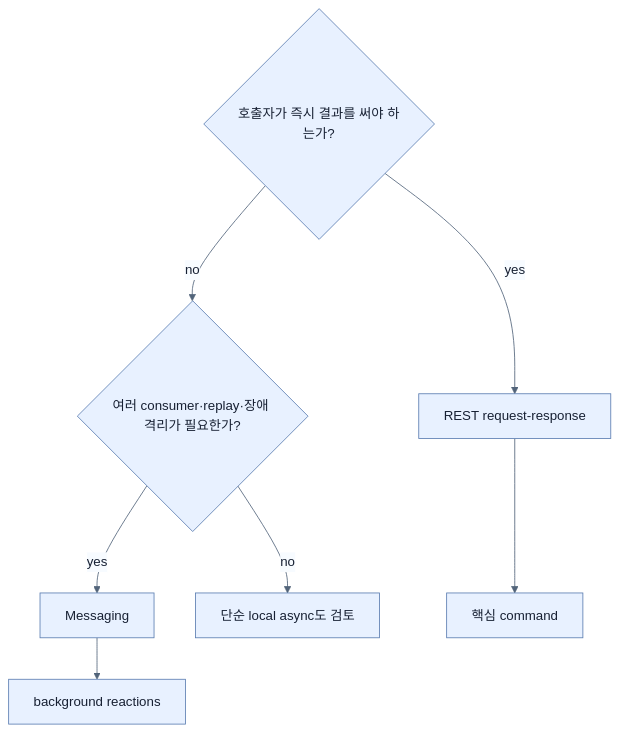
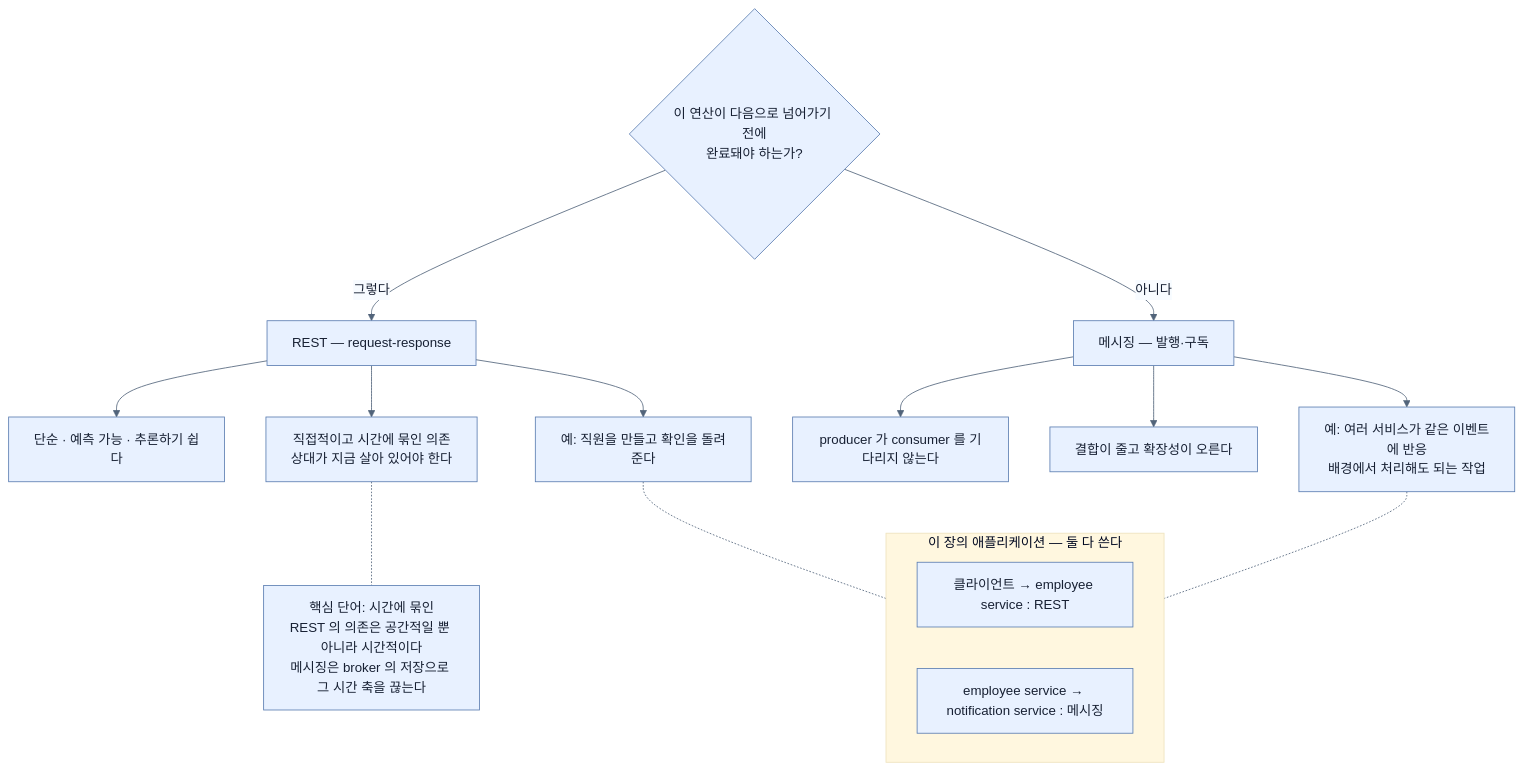
The diagram in spring-boot-4-pdf-notes/part-4-scaling-an-application-with-spring-boot/chapter-12-messaging-and-asynchronous-communication-in-spring-boot-4/06-choosing-between-rest-and-messaging.md (sing-u8/Learning_Spring_Boot_4), drawn with Mermaid before and after one commit. The commit also changed other lines of this file and 253 other files, not shown here.

````diff
--- a/spring-boot-4-pdf-notes/part-4-scaling-an-application-with-spring-boot/chapter-12-messaging-and-asynchronous-communication-in-spring-boot-4/06-choosing-between-rest-and-messaging.md
+++ b/spring-boot-4-pdf-notes/part-4-scaling-an-application-with-spring-boot/chapter-12-messaging-and-asynchronous-communication-in-spring-boot-4/06-choosing-between-rest-and-messaging.md
@@ -34,11 +89,27 @@
 ```mermaid
 %%{init: {'theme': 'base', 'themeVariables': {'background': '#ffffff', 'primaryColor': '#e8f1ff', 'primaryTextColor': '#172033', 'primaryBorderColor': '#5b7db1', 'lineColor': '#52647a', 'secondaryColor': '#f7fbff', 'tertiaryColor': '#fff7df'}}}%%
-flowchart TD
-    Q{호출자가 즉시 결과를 써야 하는가?}
-    Q -- yes --> R[REST request-response]
-    Q -- no --> F{여러 consumer·replay·장애 격리가 필요한가?}
-    F -- yes --> M[Messaging]
-    F -- no --> S[단순 local async도 검토]
-    R --> H[핵심 command]
-    M --> B[background reactions]
+flowchart TB
+    Q{"이 연산이 다음으로 넘어가기 전에<br/>완료돼야 하는가?"}
+
+    Q -->|"그렇다"| R["REST — request-response"]
+    Q -->|"아니다"| M["메시징 — 발행·구독"]
+
+    R --> R1["단순 · 예측 가능 · 추론하기 쉽다"]
+    R --> R2["직접적이고 시간에 묶인 의존<br/>상대가 지금 살아 있어야 한다"]
+    R --> R3["예: 직원을 만들고 확인을 돌려준다"]
+
+    M --> M1["producer 가 consumer 를 기다리지 않는다"]
+    M --> M2["결합이 줄고 확장성이 오른다"]
+    M --> M3["예: 여러 서비스가 같은 이벤트에 반응<br/>배경에서 처리해도 되는 작업"]
+
+    subgraph REAL["이 장의 애플리케이션 — 둘 다 쓴다"]
+        X1["클라이언트 → employee service : REST"]
+        X2["employee service → notification service : 메시징"]
+    end
+
+    R3 -.- REAL
+    M3 -.- REAL
+
+    KEY["핵심 단어: 시간에 묶인<br/>REST 의 의존은 공간적일 뿐 아니라 시간적이다<br/>메시징은 broker 의 저장으로 그 시간 축을 끊는다"]
+    R2 -.- KEY
 ```
````
